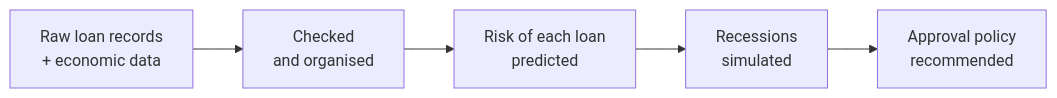
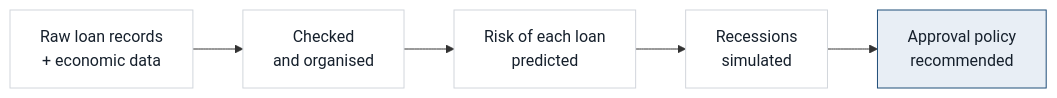
One commit to RajivPraveen/LoanLens changed the first of 2 diagrams in README.md. Above: the diagram before and after it, drawn with Mermaid. The commit also changed other lines of this file and 9 other files, not shown here.

````diff
--- a/README.md
+++ b/README.md
@@ -43,7 +41,11 @@
 ```mermaid
 flowchart LR
   A["Raw loan records<br/>+ economic data"] --> B["Checked<br/>and organised"]
   B --> C["Risk of each loan<br/>predicted"]
   C --> D["Recessions<br/>simulated"]
   D --> E["Approval policy<br/>recommended"]
+  classDef step fill:#ffffff,stroke:#d2d6dc,color:#16202c
+  classDef out fill:#e8eef5,stroke:#1f4e79,color:#16202c
+  class A,B,C,D step
+  class E out
 ```
````
